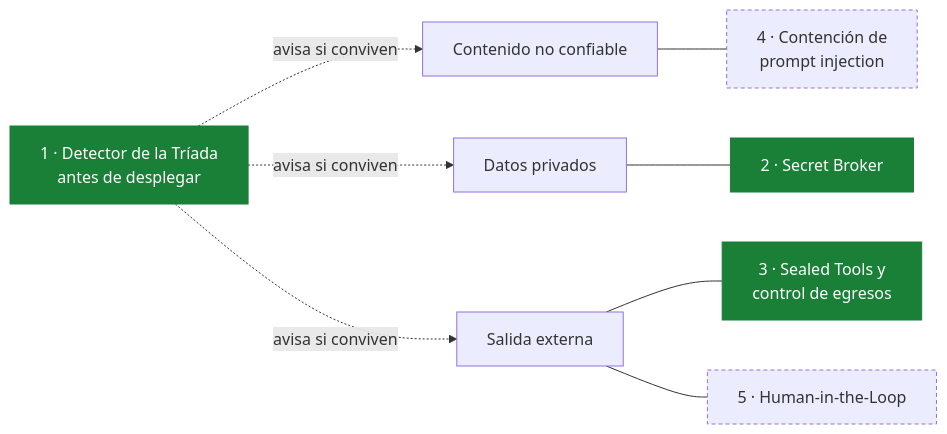
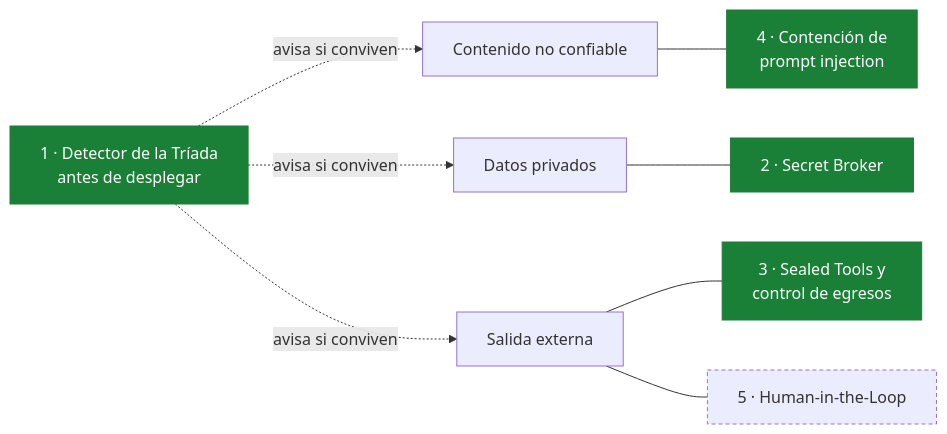
One commit to Alex-mk2/AgentGuard changed the second of 8 diagrams in README.md. Above: the diagram before and after it, drawn with Mermaid. The commit also changed other lines of this file and 39 other files, not shown here.

````diff
--- a/README.md
+++ b/README.md
@@ -46,13 +47,13 @@
 ```mermaid
 flowchart LR
     M1["1 · Detector de la Tríada<br/>antes de desplegar"] -.->|"avisa si conviven"| U & P & E
     U["Contenido no confiable"] --- M4["4 · Contención de<br/>prompt injection"]
     P["Datos privados"] --- M2["2 · Secret Broker"]
     E["Salida externa"] --- M3["3 · Sealed Tools y<br/>control de egresos"]
     E --- M5["5 · Human-in-the-Loop"]
 
     classDef listo fill:#1a7f37,color:#fff,stroke:#1a7f37
     classDef pendiente stroke-dasharray: 4 3
-    class M1,M2,M3 listo
-    class M4,M5 pendiente
+    class M1,M2,M3,M4 listo
+    class M5 pendiente
 ```
````
